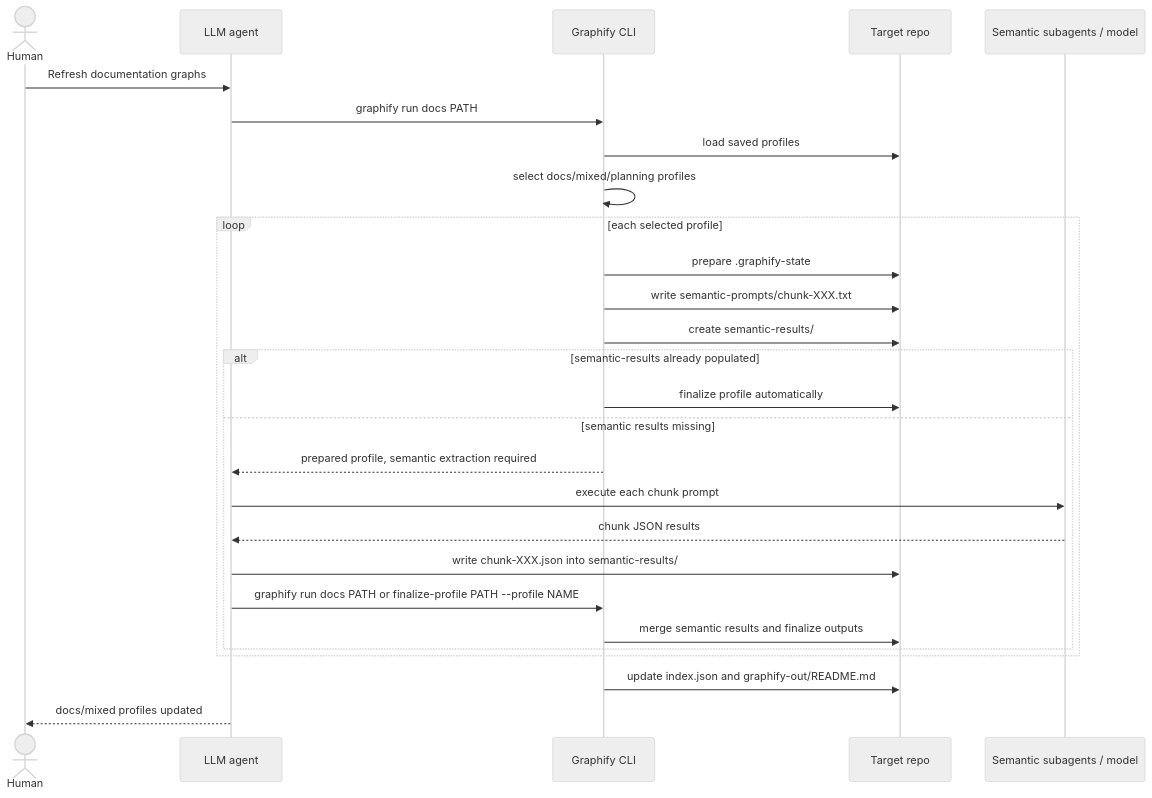
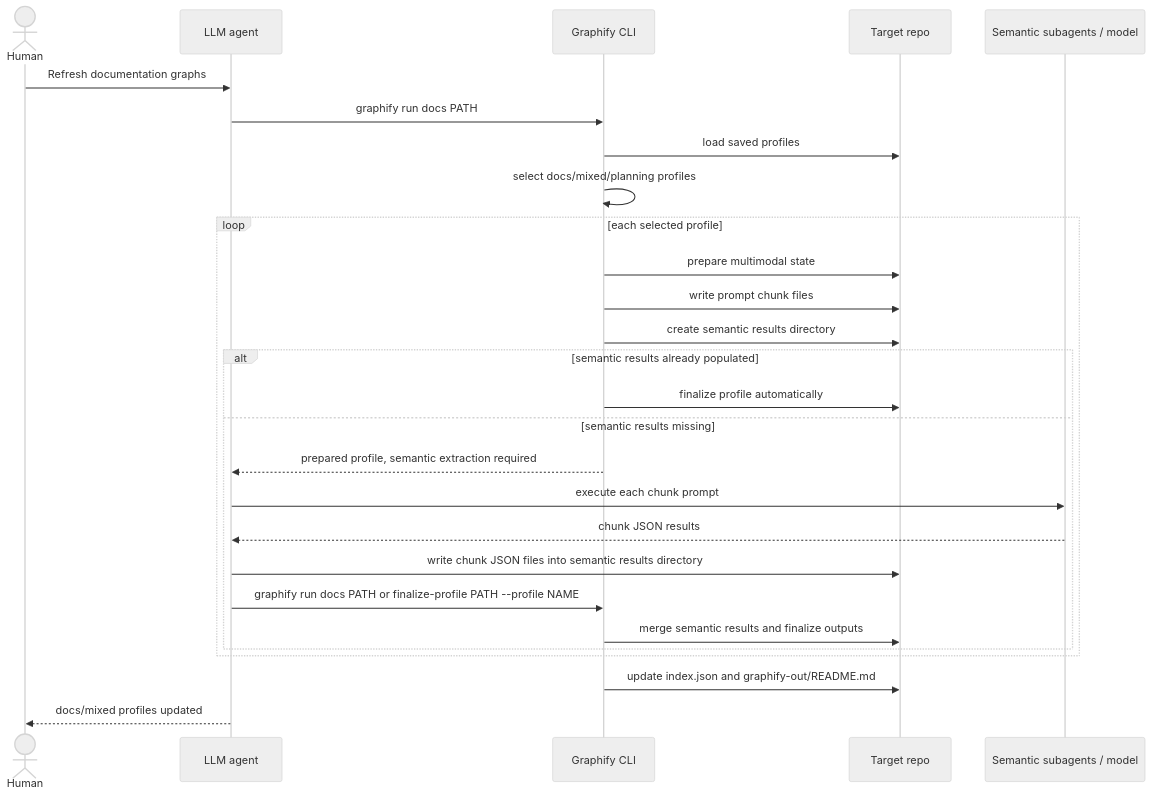
One commit to lballaty/graphify changed the fourth of 6 diagrams in GRAPHIFY-WORKFLOW-DIAGRAMS.md. Above: the diagram before and after it, drawn with Mermaid (neutral theme). The commit also changed other lines of this file, not shown here.

Commit message:
docs: simplify mermaid labels for github rendering

````diff
--- a/GRAPHIFY-WORKFLOW-DIAGRAMS.md
+++ b/GRAPHIFY-WORKFLOW-DIAGRAMS.md
@@ -335,30 +335,30 @@
 ```mermaid
 sequenceDiagram
     actor Human
     participant Agent as LLM agent
     participant Graphify as Graphify CLI
     participant Repo as Target repo
     participant Model as Semantic subagents / model
 
     Human->>Agent: Refresh documentation graphs
     Agent->>Graphify: graphify run docs PATH
     Graphify->>Repo: load saved profiles
     Graphify->>Graphify: select docs/mixed/planning profiles
     loop each selected profile
-        Graphify->>Repo: prepare .graphify-state
-        Graphify->>Repo: write semantic-prompts/chunk-XXX.txt
-        Graphify->>Repo: create semantic-results/
-        alt semantic-results already populated
+        Graphify->>Repo: prepare multimodal state
+        Graphify->>Repo: write prompt chunk files
+        Graphify->>Repo: create semantic results directory
+        alt semantic results already populated
             Graphify->>Repo: finalize profile automatically
         else semantic results missing
             Graphify-->>Agent: prepared profile, semantic extraction required
             Agent->>Model: execute each chunk prompt
             Model-->>Agent: chunk JSON results
-            Agent->>Repo: write chunk-XXX.json into semantic-results/
+            Agent->>Repo: write chunk JSON files into semantic results directory
             Agent->>Graphify: graphify run docs PATH or finalize-profile PATH --profile NAME
             Graphify->>Repo: merge semantic results and finalize outputs
         end
     end
     Graphify->>Repo: update index.json and graphify-out/README.md
     Agent-->>Human: docs/mixed profiles updated
 ```
````
